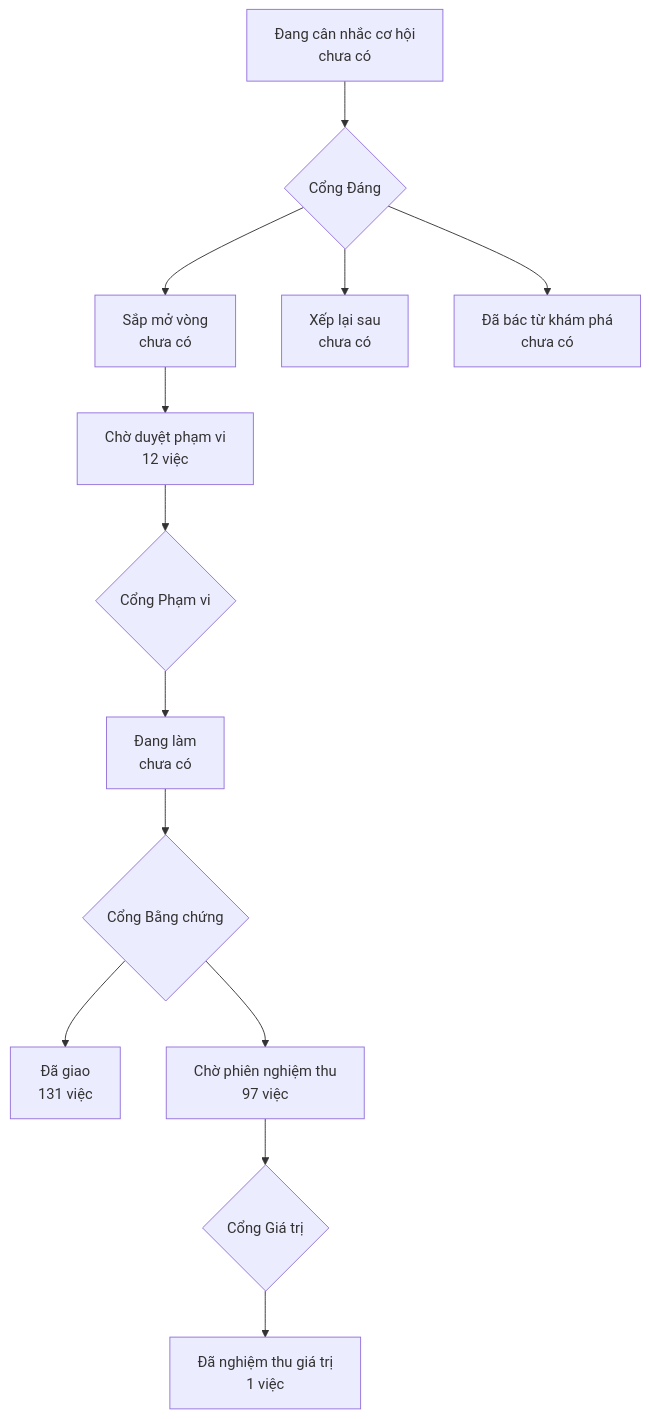
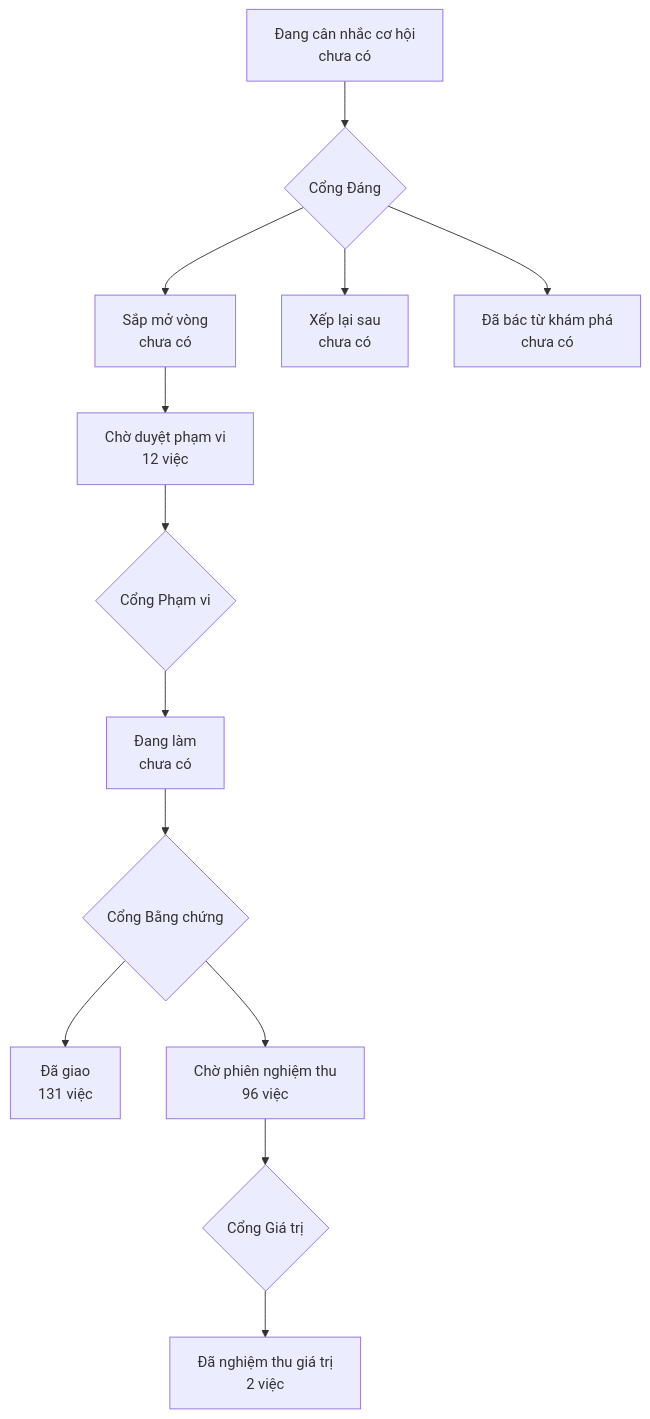
One commit to phanlemanh/onehub-invest changed the diagram in PRODUCT-MAP.md. Above: the diagram before and after it, drawn with Mermaid. The commit also changed other lines of this file and 4 other files, not shown here.

First line of the commit message:
docs(s03-len-cong): phiên nghiệm thu, lái thử và verdict iterate của Mạnh

````diff
--- a/PRODUCT-MAP.md
+++ b/PRODUCT-MAP.md
@@ -7,12 +7,12 @@
 ```mermaid
 flowchart TD
   A["Đang cân nhắc cơ hội<br/>chưa có"] --> GD{"Cổng Đáng"}
   GD --> B["Sắp mở vòng<br/>chưa có"]
   GD --> XL["Xếp lại sau<br/>chưa có"]
   GD --> DB["Đã bác từ khám phá<br/>chưa có"]
   B --> CD["Chờ duyệt phạm vi<br/>12 việc"] --> GP{"Cổng Phạm vi"}
   GP --> DL["Đang làm<br/>chưa có"] --> GB{"Cổng Bằng chứng"}
   GB --> DG["Đã giao<br/>131 việc"]
-  GB --> CN["Chờ phiên nghiệm thu<br/>97 việc"] --> GG{"Cổng Giá trị"}
-  GG --> NT["Đã nghiệm thu giá trị<br/>1 việc"]
+  GB --> CN["Chờ phiên nghiệm thu<br/>96 việc"] --> GG{"Cổng Giá trị"}
+  GG --> NT["Đã nghiệm thu giá trị<br/>2 việc"]
 ```
````
